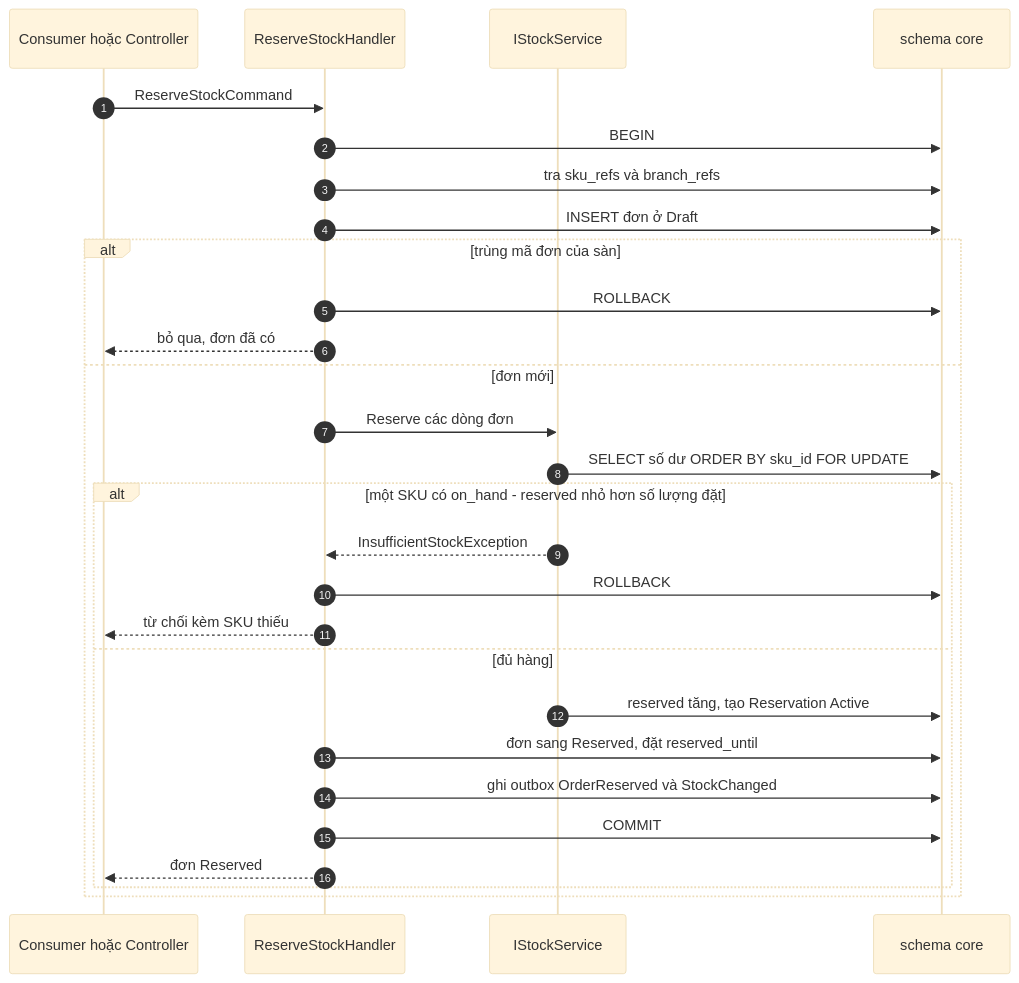
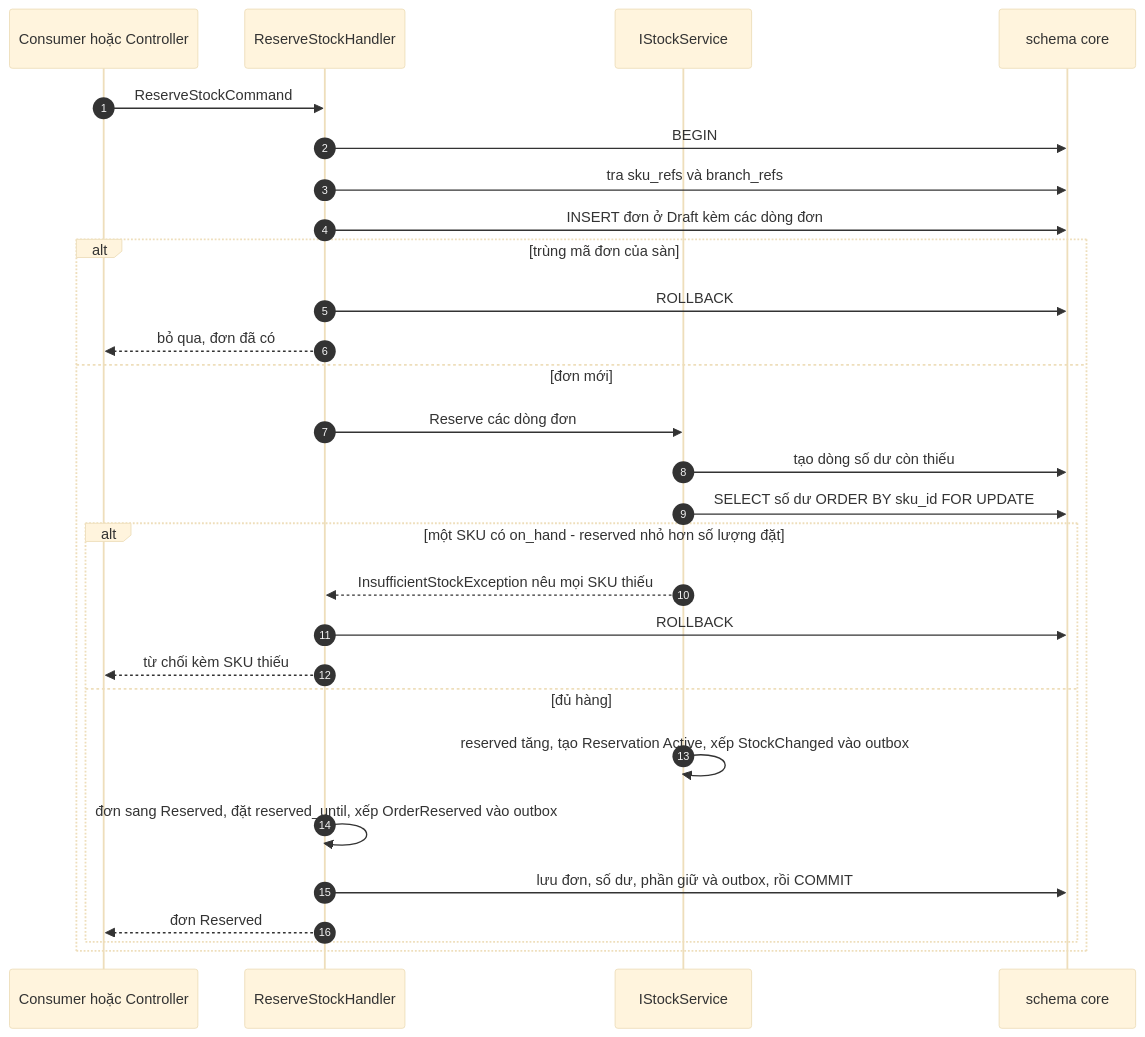
One commit to kapfm789/XDPMOOP changed the diagram in docs/design/flows/reserve-stock.md. Above: the diagram before and after it, drawn with Mermaid (base theme). The commit also changed other lines of this file and 28 other files, not shown here.

````diff
--- a/docs/design/flows/reserve-stock.md
+++ b/docs/design/flows/reserve-stock.md
@@ -7,31 +7,31 @@
 ```mermaid
 sequenceDiagram
   autonumber
   participant Src as Consumer hoặc Controller
   participant UC as ReserveStockHandler
   participant Stock as IStockService
   participant DB as schema core
 
   Src->>UC: ReserveStockCommand
   UC->>DB: BEGIN
   UC->>DB: tra sku_refs và branch_refs
-  UC->>DB: INSERT đơn ở Draft
+  UC->>DB: INSERT đơn ở Draft kèm các dòng đơn
   alt trùng mã đơn của sàn
     UC->>DB: ROLLBACK
     UC-->>Src: bỏ qua, đơn đã có
   else đơn mới
     UC->>Stock: Reserve các dòng đơn
+    Stock->>DB: tạo dòng số dư còn thiếu
     Stock->>DB: SELECT số dư ORDER BY sku_id FOR UPDATE
     alt một SKU có on_hand - reserved nhỏ hơn số lượng đặt
-      Stock-->>UC: InsufficientStockException
+      Stock-->>UC: InsufficientStockException nêu mọi SKU thiếu
       UC->>DB: ROLLBACK
       UC-->>Src: từ chối kèm SKU thiếu
     else đủ hàng
-      Stock->>DB: reserved tăng, tạo Reservation Active
-      UC->>DB: đơn sang Reserved, đặt reserved_until
-      UC->>DB: ghi outbox OrderReserved và StockChanged
-      UC->>DB: COMMIT
+      Stock->>Stock: reserved tăng, tạo Reservation Active, xếp StockChanged vào outbox
+      UC->>UC: đơn sang Reserved, đặt reserved_until, xếp OrderReserved vào outbox
+      UC->>DB: lưu đơn, số dư, phần giữ và outbox, rồi COMMIT
       UC-->>Src: đơn Reserved
     end
   end
 ```
````
